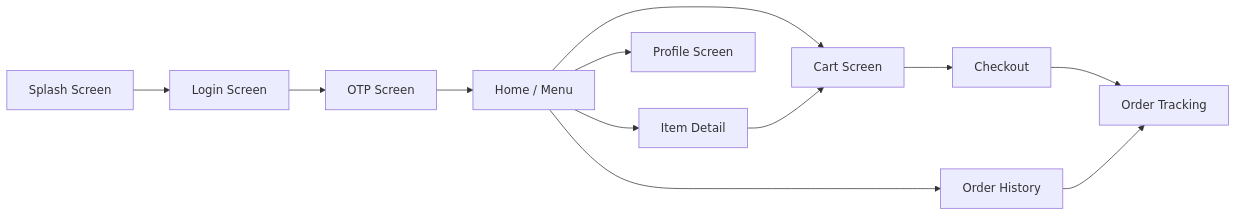
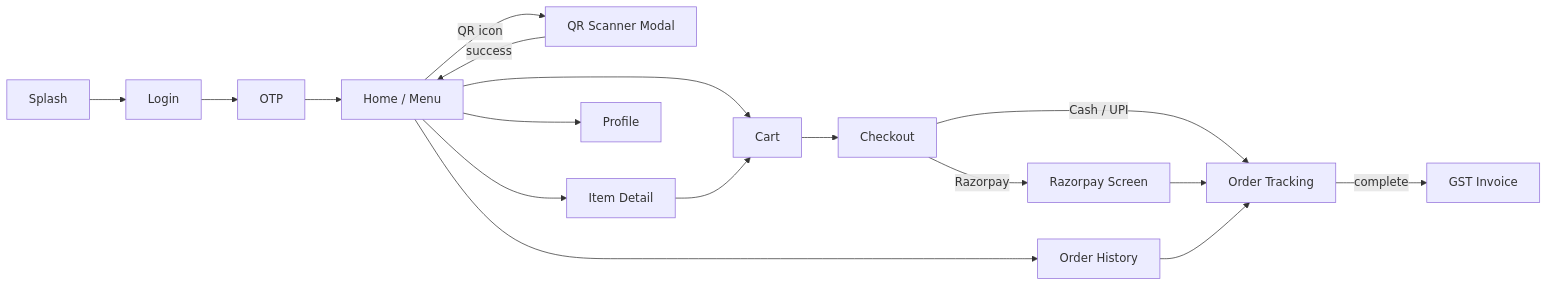
One commit to csanni/frescos-app changed the first of 4 diagrams in campus_food_ordering_system/docs/customer_app_system_design.md. Above: the diagram before and after it, drawn with Mermaid. The commit also changed other lines of this file and 3 other files, not shown here.

````diff
--- a/campus_food_ordering_system/docs/customer_app_system_design.md
+++ b/campus_food_ordering_system/docs/customer_app_system_design.md
@@ -114,14 +195,19 @@
 ```mermaid
 graph LR
-    SPLASH["Splash Screen"] --> LOGIN["Login Screen"]
-    LOGIN --> OTP["OTP Screen"]
+    SPLASH["Splash"] --> LOGIN["Login"]
+    LOGIN --> OTP["OTP"]
     OTP --> HOME["Home / Menu"]
+    HOME -->|QR icon| QR["QR Scanner Modal"]
+    QR -->|success| HOME
     HOME --> DETAIL["Item Detail"]
-    HOME --> CART["Cart Screen"]
+    HOME --> CART["Cart"]
     HOME --> ORDERS["Order History"]
-    HOME --> PROFILE["Profile Screen"]
+    HOME --> PROFILE["Profile"]
     DETAIL --> CART
     CART --> CHECKOUT["Checkout"]
-    CHECKOUT --> TRACKING["Order Tracking"]
+    CHECKOUT -->|Cash / UPI| TRACKING["Order Tracking"]
+    CHECKOUT -->|Razorpay| PAYMENT["Razorpay Screen"]
+    PAYMENT --> TRACKING
     ORDERS --> TRACKING
+    TRACKING -->|complete| INVOICE["GST Invoice"]
 ```
````
